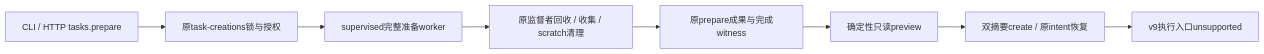
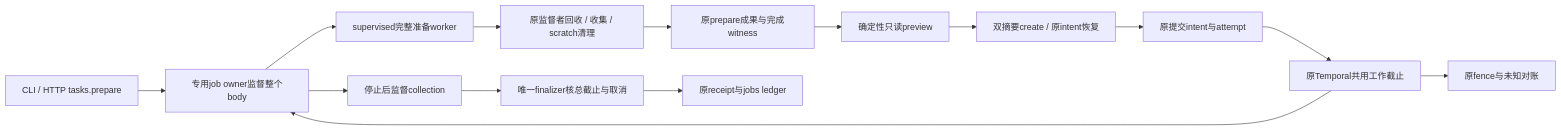
The sixth of 6 diagrams in docs/architecture/current.md (626619403/Ergora), drawn with Mermaid before and after one commit. The commit also changed other lines of this file and 30 other files, not shown here.

````diff
--- a/docs/architecture/current.md
+++ b/docs/architecture/current.md
@@ -294,10 +294,16 @@
 ```mermaid
 flowchart LR
   Entry[CLI / HTTP tasks.prepare] --> Owner[原task-creations锁与授权]
   Owner --> Child[supervised完整准备worker]
   Child --> Cleanup[原监督者回收 / 收集 / scratch清理]
   Cleanup --> Frozen[原prepare成果与完成witness]
   Frozen --> Preview[确定性只读preview]
   Preview --> Create[双摘要create / 原intent恢复]
-  Create --> Closed[v9执行入口unsupported]
+  Create --> Submit[原提交intent与attempt]
+  Submit --> Workflow[原Temporal共用工作截止]
+  Workflow --> Owner[专用job owner监督整个body]
+  Owner --> Collect[停止后监督collection]
+  Collect --> Finalizer[唯一finalizer核总截止与取消]
+  Finalizer --> Ledger[原receipt与jobs ledger]
+  Workflow --> Fence[原fence与未知对账]
 ```
````
